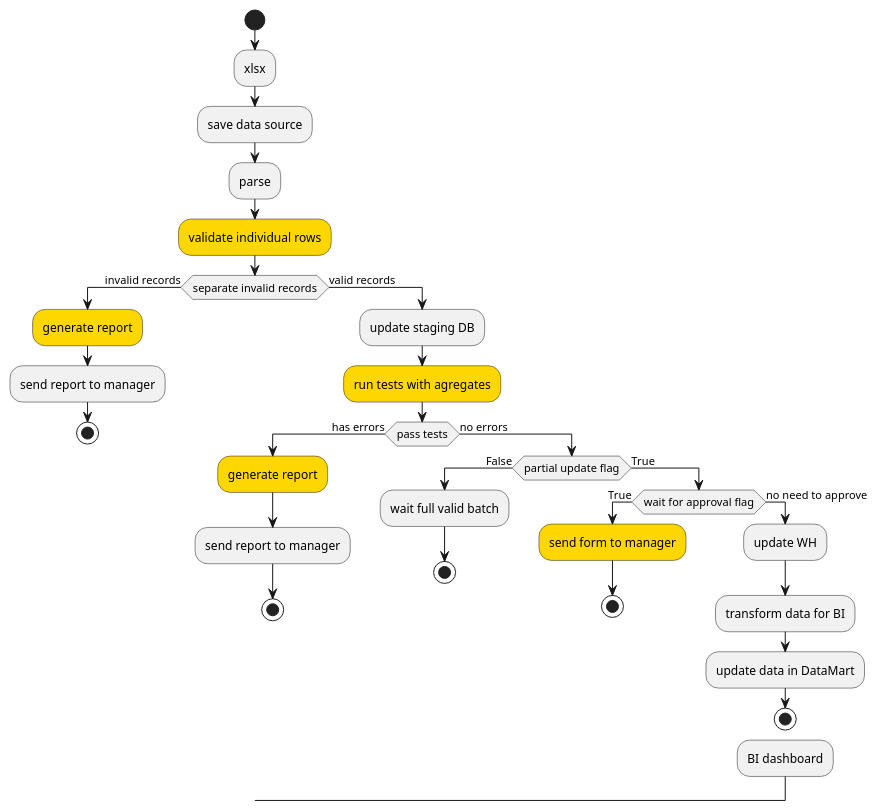
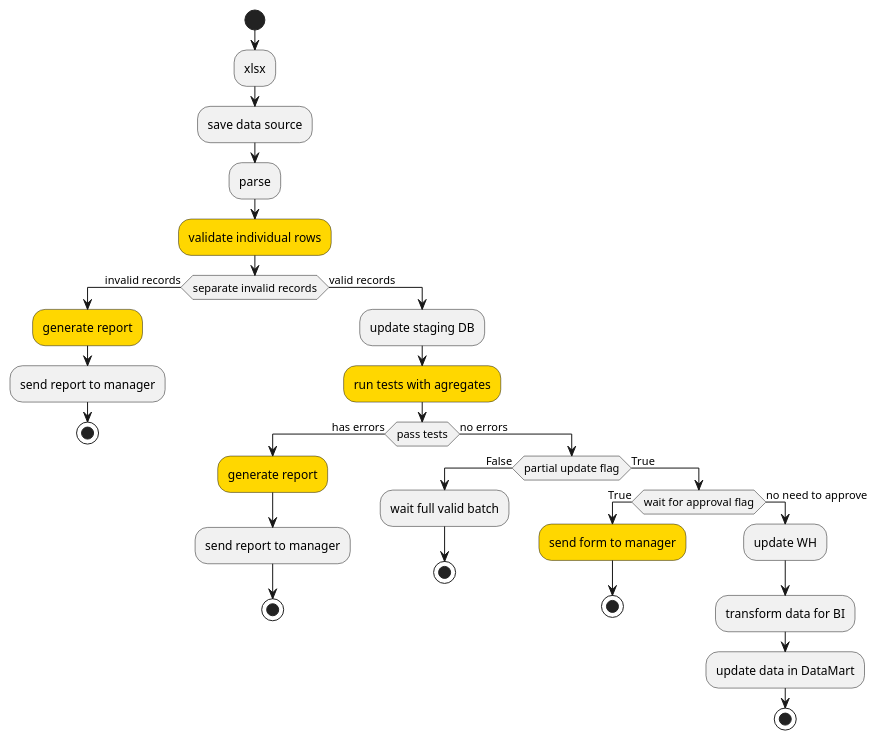
Before and after one commit to etlteam/docs: the diagram in diagrams/DAG_example.puml, drawn with PlantUML.

```diff
--- a/diagrams/DAG_example.puml
+++ b/diagrams/DAG_example.puml
@@ -1,36 +1,35 @@
 @startuml
 start
 :xlsx;
 :save data source;
 :parse;
 #gold:validate individual rows;
 if (separate invalid records) then (invalid records)
 	#gold:generate report;
 	:send report to manager;
 	stop
 else (valid records)
 	:update staging DB;
 	#gold:run tests with agregates;
 	if (pass tests) then (has errors)
 		#gold:generate report;
 		:send report to manager;
 		stop
 	else (no errors)
 		if (partial update flag) then (False)
 			:wait full valid batch;
 			stop
 		else (True)
 			if (wait for approval flag) then (True)
 				#gold:send form to manager;
 				stop
 			else (no need to approve)
 				:update WH;
 				:transform data for BI;
 				:update data in DataMart;
 				stop
-				:BI dashboard;
 			endif
 		endif
 	endif
 endif
 @enduml
```
